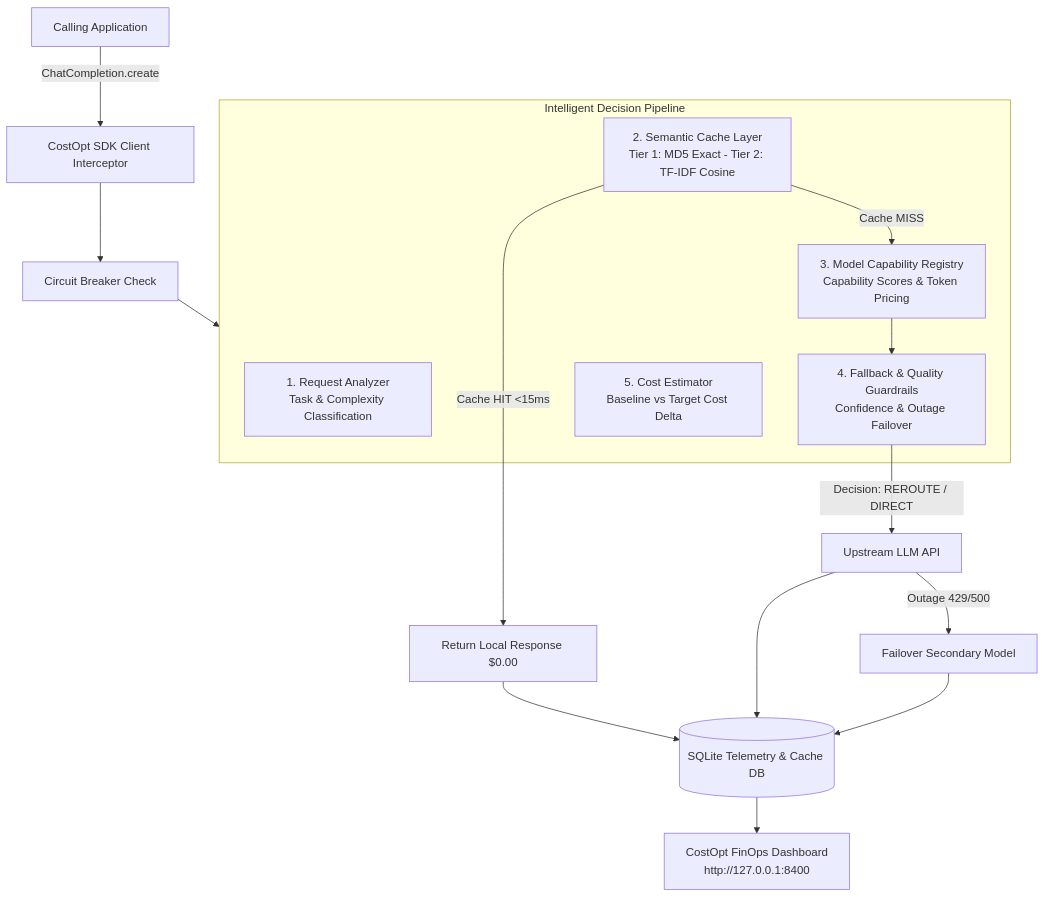
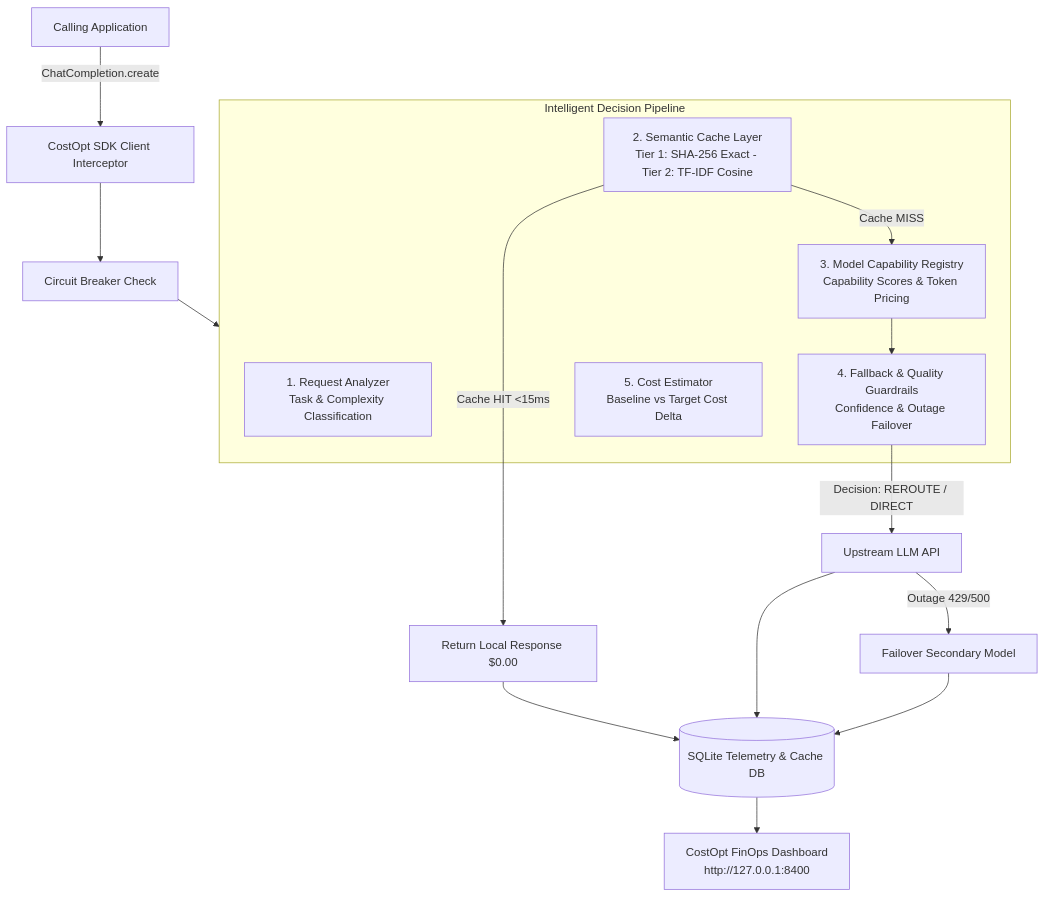
Before and after one commit to khusshdesai/CostOpt: the diagram in README.md, drawn with Mermaid. The commit also changed other lines of this file and 16 other files, not shown here.

````diff
--- a/README.md
+++ b/README.md
@@ -82,26 +82,26 @@
 ```mermaid
 flowchart TD
     App["Calling Application"] -->|ChatCompletion.create| Interceptor["CostOpt SDK Client Interceptor"]
     Interceptor --> CB["Circuit Breaker Check"]
     CB --> Engine["Centralized Decision Engine"]
     
     subgraph Engine ["Intelligent Decision Pipeline"]
         Analyzer["1. Request Analyzer<br/>Task & Complexity Classification"]
-        CacheLayer["2. Semantic Cache Layer<br/>Tier 1: MD5 Exact - Tier 2: TF-IDF Cosine"]
+        CacheLayer["2. Semantic Cache Layer<br/>Tier 1: SHA-256 Exact - Tier 2: TF-IDF Cosine"]
         Registry["3. Model Capability Registry<br/>Capability Scores & Token Pricing"]
         Guardrails["4. Fallback & Quality Guardrails<br/>Confidence & Outage Failover"]
         Estimator["5. Cost Estimator<br/>Baseline vs Target Cost Delta"]
     end
     
     CacheLayer -->|Cache HIT <15ms| Hit["Return Local Response $0.00"]
     CacheLayer -->|Cache MISS| Registry
     Registry --> Guardrails
     Guardrails -->|Decision: REROUTE / DIRECT| API["Upstream LLM API"]
     API -->|Outage 429/500| Failover["Failover Secondary Model"]
     
     Hit --> DB[("SQLite Telemetry & Cache DB")]
     API --> DB
     Failover --> DB
     
     DB --> Dashboard["CostOpt FinOps Dashboard<br/>http://127.0.0.1:8400"]
 ```
````
